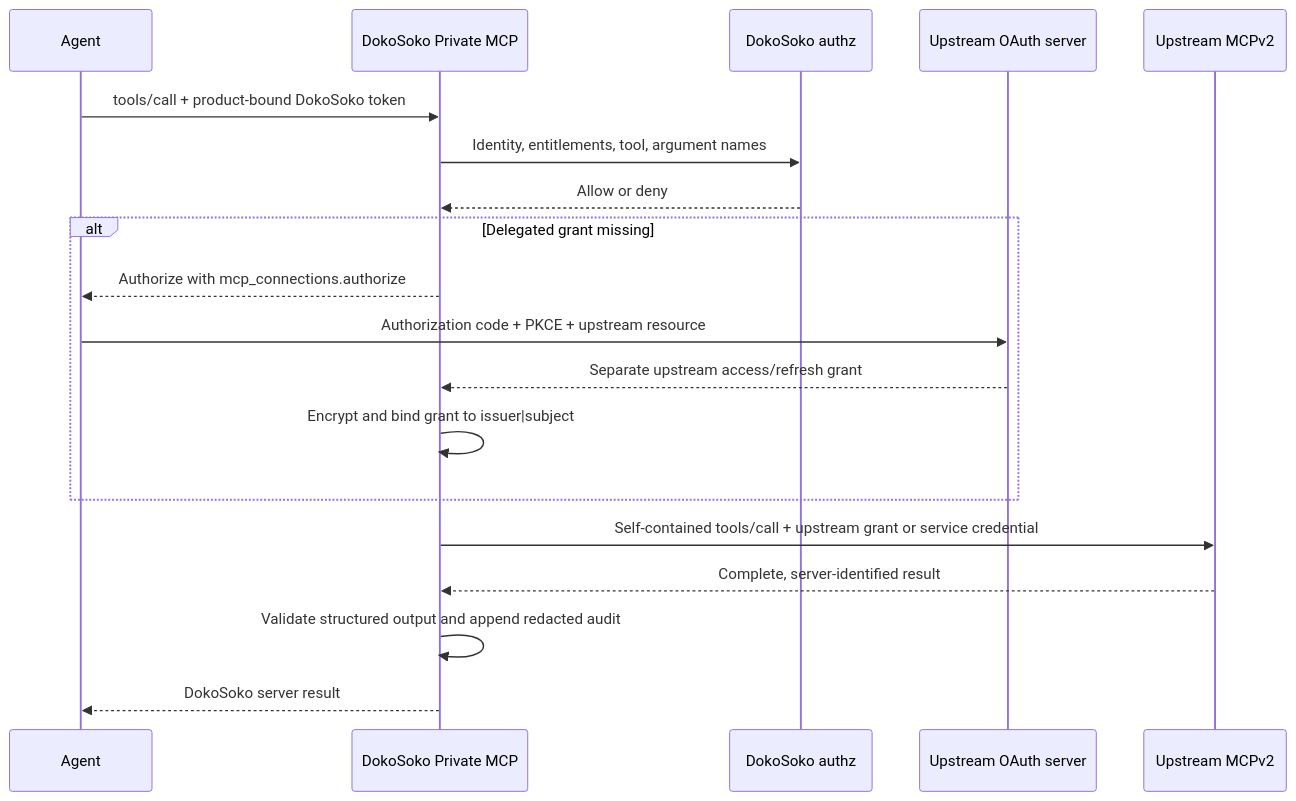
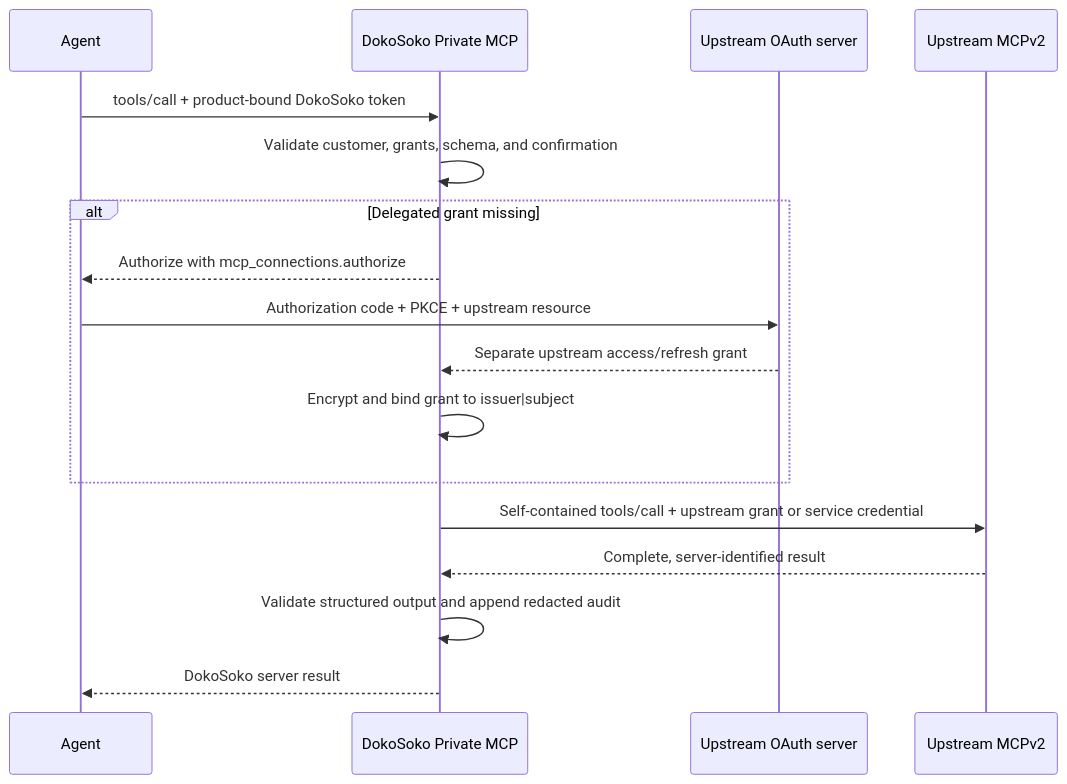
One commit to Dokosoko-AI/dokosoko-docs changed the diagram in src/content/docs/guides/mcp-bridges.md. Above: the diagram before and after it, drawn with Mermaid. The commit also changed other lines of this file and 39 other files, not shown here.

````diff
--- a/src/content/docs/guides/mcp-bridges.md
+++ b/src/content/docs/guides/mcp-bridges.md
@@ -52,21 +52,19 @@
 ```mermaid
 sequenceDiagram
     participant A as Agent
     participant D as DokoSoko Private MCP
-    participant Z as DokoSoko authz
     participant O as Upstream OAuth server
     participant U as Upstream MCPv2
     A->>D: tools/call + product-bound DokoSoko token
-    D->>Z: Identity, entitlements, tool, argument names
-    Z-->>D: Allow or deny
+    D->>D: Validate customer, grants, schema, and confirmation
     alt Delegated grant missing
         D-->>A: Authorize with mcp_connections.authorize
         A->>O: Authorization code + PKCE + upstream resource
         O-->>D: Separate upstream access/refresh grant
         D->>D: Encrypt and bind grant to issuer|subject
     end
     D->>U: Self-contained tools/call + upstream grant or service credential
     U-->>D: Complete, server-identified result
     D->>D: Validate structured output and append redacted audit
     D-->>A: DokoSoko server result
 ```
````
